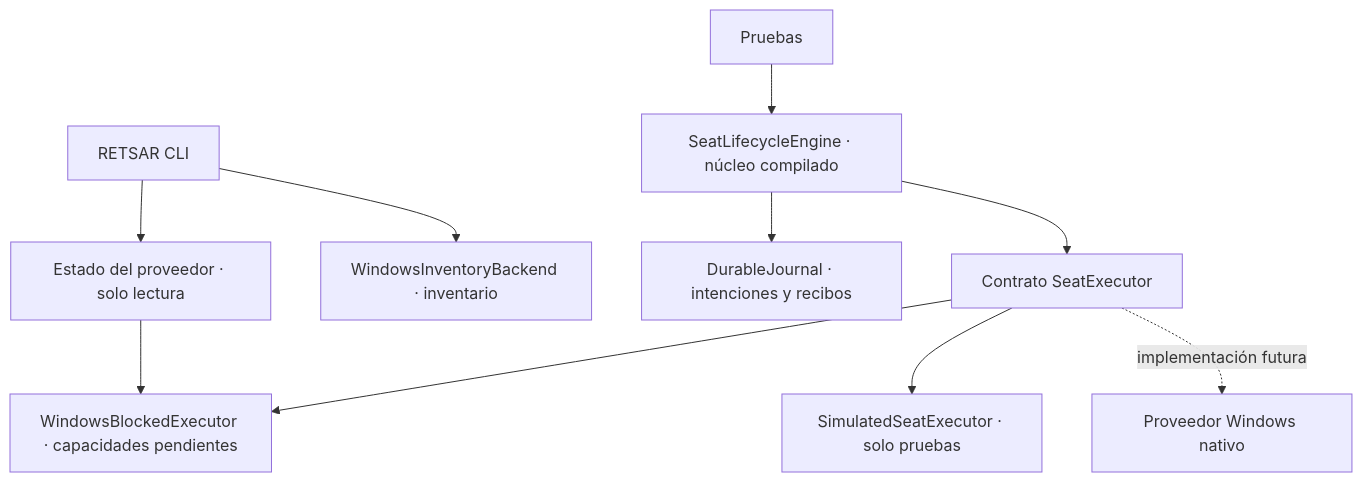
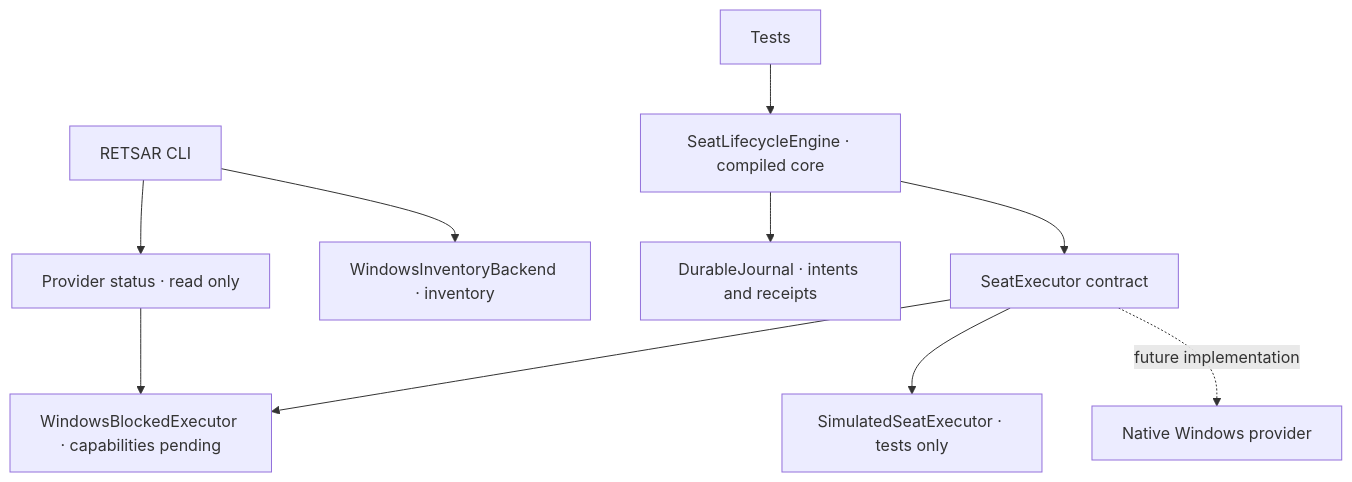
Before and after one commit to kazah-png/RETSAR: the diagram in docs/ARCHITECTURE.md, drawn with Mermaid. The commit also changed other lines of this file and 8 other files, not shown here.

````diff
--- a/docs/ARCHITECTURE.md
+++ b/docs/ARCHITECTURE.md
@@ -5,12 +5,12 @@
 ```mermaid
 flowchart TB
-    CLI[RETSAR CLI] --> Status[Estado del proveedor · solo lectura]
-    CLI --> Inventory[WindowsInventoryBackend · inventario]
-    Status --> Blocked[WindowsBlockedExecutor · capacidades pendientes]
-    Core[SeatLifecycleEngine · núcleo compilado] --> Journal[DurableJournal · intenciones y recibos]
-    Core --> Contract[Contrato SeatExecutor]
+    CLI[RETSAR CLI] --> Status[Provider status · read only]
+    CLI --> Inventory[WindowsInventoryBackend · inventory]
+    Status --> Blocked[WindowsBlockedExecutor · capabilities pending]
+    Core[SeatLifecycleEngine · compiled core] --> Journal[DurableJournal · intents and receipts]
+    Core --> Contract[SeatExecutor contract]
     Contract --> Blocked
-    Tests[Pruebas] --> Core
-    Contract --> Sim[SimulatedSeatExecutor · solo pruebas]
-    Contract -. implementación futura .-> Native[Proveedor Windows nativo]
+    Tests[Tests] --> Core
+    Contract --> Sim[SimulatedSeatExecutor · tests only]
+    Contract -. future implementation .-> Native[Native Windows provider]
 ```
````
